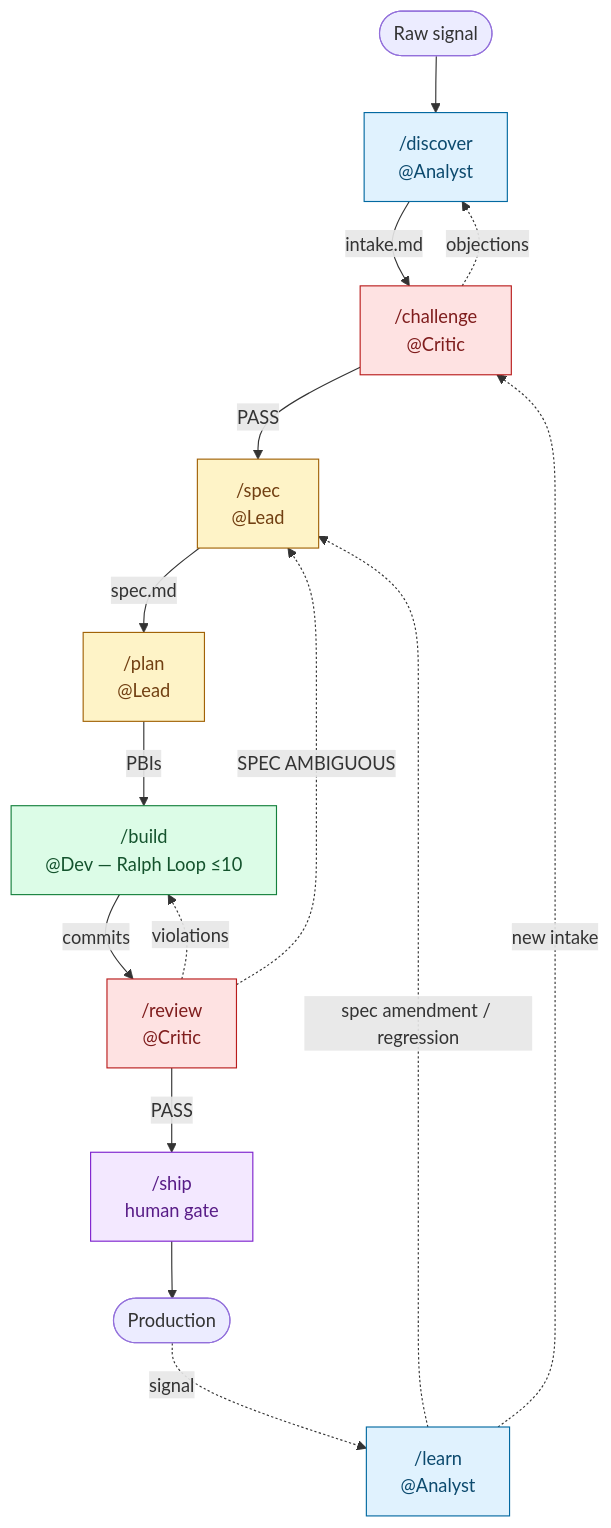
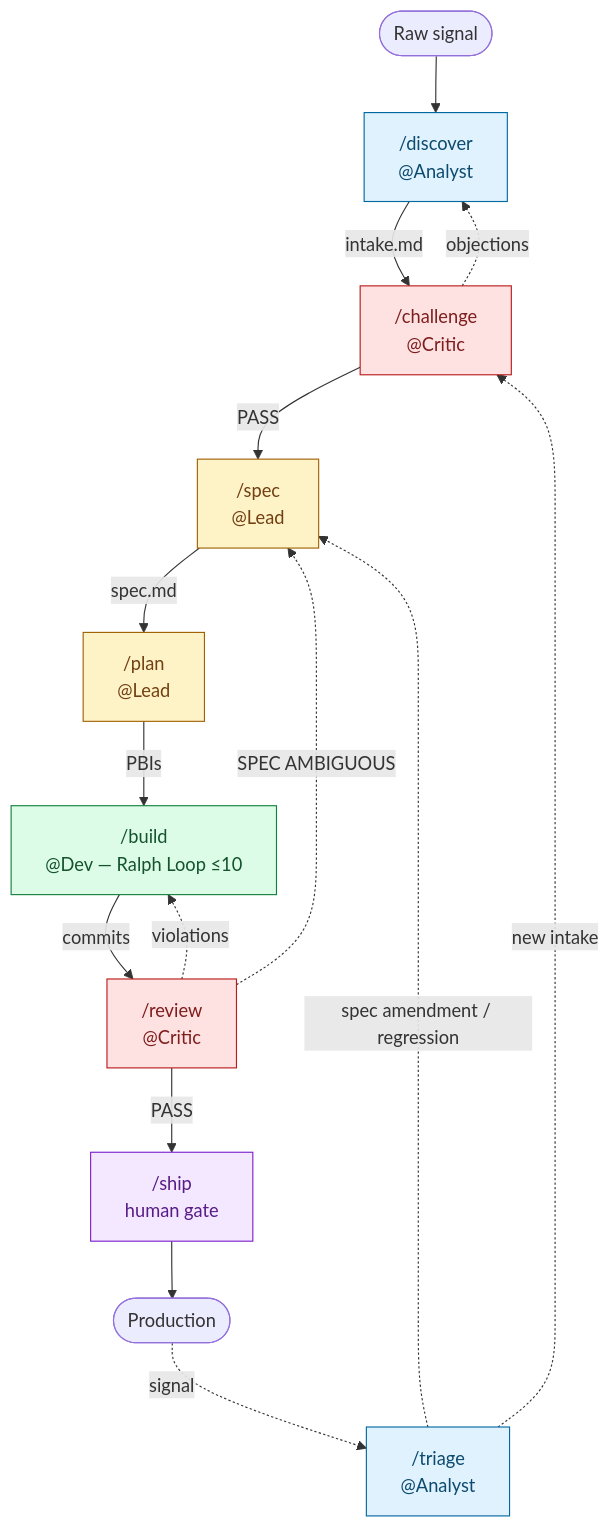
Before and after one commit to futurice/agentic-factory-demo: the diagram in AGENTS.md, drawn with Mermaid. The commit also changed other lines of this file and 8 other files, not shown here.

````diff
--- a/AGENTS.md
+++ b/AGENTS.md
@@ -129,34 +129,34 @@
 ```mermaid
 flowchart TD
     signal([Raw signal]) --> discover
 
     discover["/discover<br/>@Analyst"]:::analyst
     challenge["/challenge<br/>@Critic"]:::critic
     spec["/spec<br/>@Lead"]:::lead
     plan["/plan<br/>@Lead"]:::lead
     build["/build<br/>@Dev — Ralph Loop ≤10"]:::dev
     review["/review<br/>@Critic"]:::critic
     ship["/ship<br/>human gate"]:::human
-    learn["/learn<br/>@Analyst"]:::analyst
+    triage["/triage<br/>@Analyst"]:::analyst
     prod([Production])
 
     discover -->|intake.md| challenge
     challenge -->|PASS| spec
     challenge -.->|objections| discover
     spec -->|spec.md| plan
     plan -->|PBIs| build
     build -->|commits| review
     review -->|PASS| ship
     review -.->|violations| build
     review -.->|SPEC AMBIGUOUS| spec
     ship --> prod
-    prod -.->|signal| learn
-    learn -.->|spec amendment / regression| spec
-    learn -.->|new intake| challenge
+    prod -.->|signal| triage
+    triage -.->|spec amendment / regression| spec
+    triage -.->|new intake| challenge
 
     classDef analyst fill:#e0f2fe,stroke:#0369a1,color:#0c4a6e
     classDef critic fill:#fee2e2,stroke:#b91c1c,color:#7f1d1d
     classDef lead fill:#fef3c7,stroke:#a16207,color:#713f12
     classDef dev fill:#dcfce7,stroke:#15803d,color:#14532d
     classDef human fill:#f3e8ff,stroke:#7e22ce,color:#581c87
 ```
````
